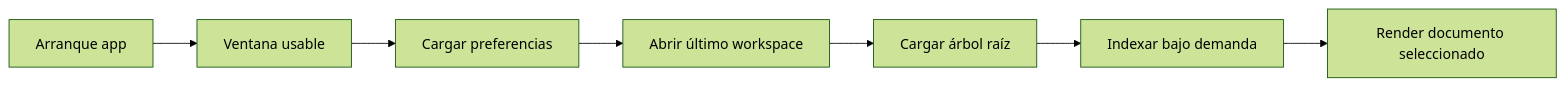
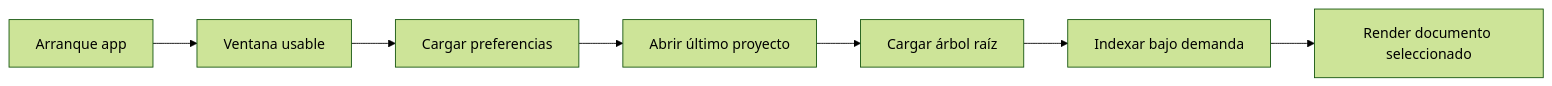
Before and after one commit to PinedaTec-EU/LeonardoMD: the diagram in doc/US/us.000011.md, drawn with Mermaid (forest theme). The commit also changed other lines of this file and 57 other files, not shown here.

````diff
--- a/doc/US/us.000011.md
+++ b/doc/US/us.000011.md
@@ -38,9 +38,9 @@
 ```mermaid
 flowchart LR
     A["Arranque app"] --> B["Ventana usable"]
     B --> C["Cargar preferencias"]
-    C --> D["Abrir último workspace"]
+    C --> D["Abrir último proyecto"]
     D --> E["Cargar árbol raíz"]
     E --> F["Indexar bajo demanda"]
     F --> G["Render documento seleccionado"]
 ```
````
